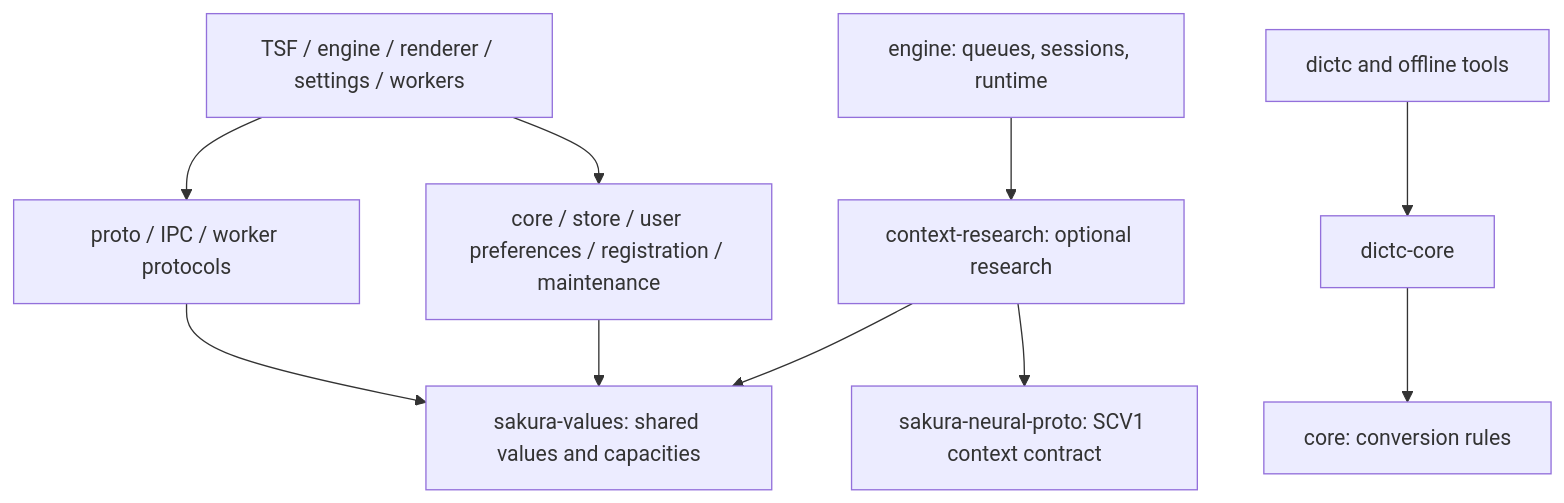
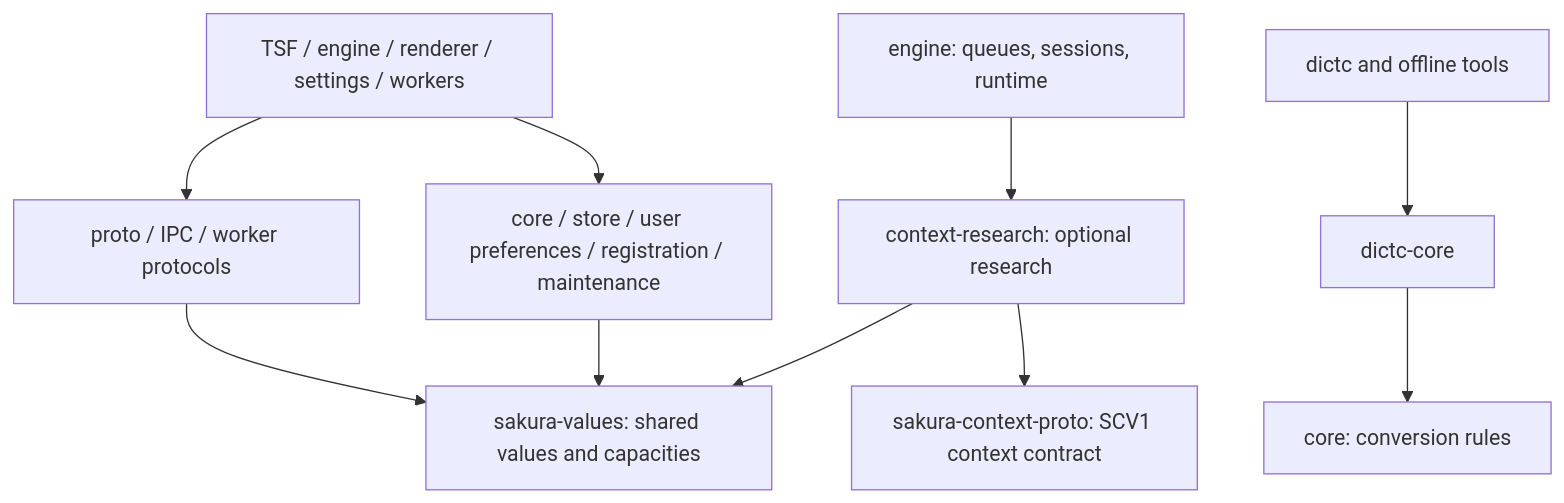
Before and after one commit to tsuyoshi-otake/sakura-input: the diagram in docs/architecture/README.md, drawn with Mermaid. The commit also changed 18 other files, not shown here.

First line of the commit message:
Point active references at sakura-context-proto (#178)

````diff
--- a/docs/architecture/README.md
+++ b/docs/architecture/README.md
@@ -10,12 +10,12 @@
 ```mermaid
 flowchart TD
   Processes[TSF / engine / renderer / settings / workers] --> Contracts[proto / IPC / worker protocols]
   Processes --> Domains[core / store / user preferences / registration / maintenance]
   Contracts --> Values[sakura-values: shared values and capacities]
   Domains --> Values
   Engine[engine: queues, sessions, runtime] --> Research[context-research: optional research]
-  Research --> NeuralProto[sakura-neural-proto: SCV1 context contract]
+  Research --> NeuralProto[sakura-context-proto: SCV1 context contract]
   Research --> Values
   Offline[dictc and offline tools] --> Compiler[dictc-core]
   Compiler --> Core[core: conversion rules]
 ```
````
